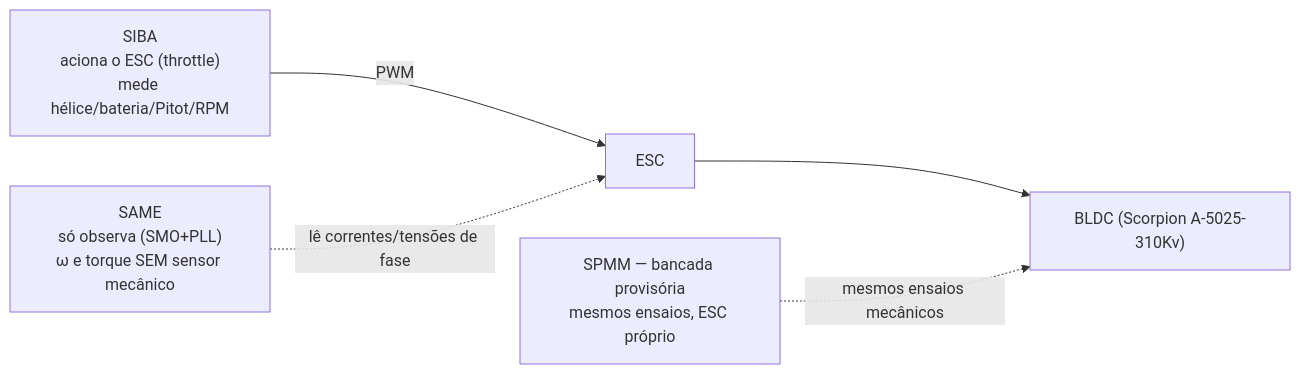
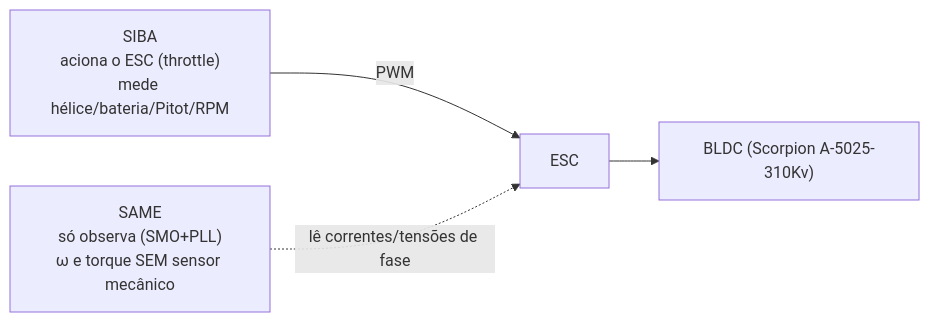
Before and after one commit to vitordallolivo/TCC: the third of 5 diagrams in Codigos/README.md, drawn with Mermaid. The commit also changed other lines of this file and 59 other files, not shown here.

First line of the commit message:
Remove a bancada provisória SPMM do projeto

````diff
--- a/Codigos/README.md
+++ b/Codigos/README.md
@@ -125,7 +105,6 @@
 ```mermaid
 flowchart LR
     SIBA["SIBA<br/>aciona o ESC (throttle)<br/>mede hélice/bateria/Pitot/RPM"] -->|PWM| ESC["ESC"]
     SAME["SAME<br/>só observa (SMO+PLL)<br/>ω e torque SEM sensor mecânico"] -.lê correntes/tensões de fase.-> ESC
     ESC --> Motor["BLDC (Scorpion A-5025-310Kv)"]
-    SPMM["SPMM — bancada provisória<br/>mesmos ensaios, ESC próprio"] -.mesmos ensaios mecânicos.-> Motor
 ```
````
